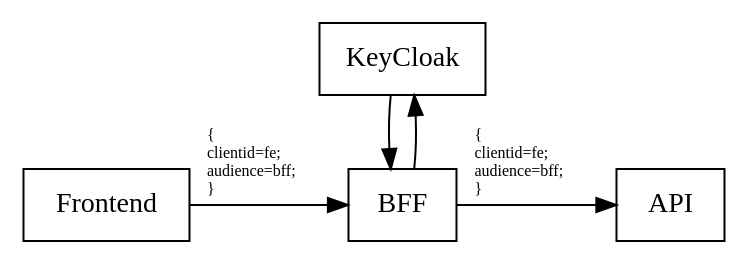
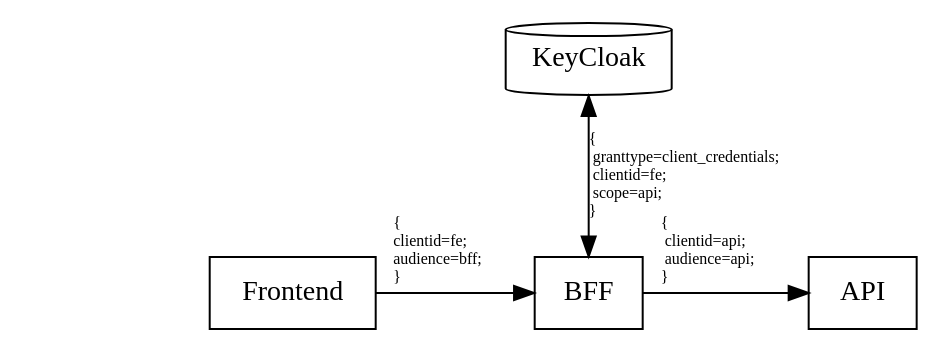
Before and after one commit to Gemeente-DenHaag/referentie-common-ground-implementatie: the diagram in images/graphviz/authgrant.dot, drawn with Graphviz. The commit also changed 7 other files, not shown here.

```diff
--- a/images/graphviz/authgrant.dot
+++ b/images/graphviz/authgrant.dot
@@ -1,27 +1,24 @@
 digraph {
     layout=dot
-    rankdir="T"
+    rankdir="TD"
+ 
+
     subgraph cons{
         rank=same
-        FillerX[shape=rect,width=1,style=invis]
-        KeyCloak[shape=rect]
+        rank1[style=invis]
+        KeyCloak[shape=cylinder]
     }
-    newrank=true
-
-    
 
     subgraph cons2{
         rank=same
         Frontend[shape=rect]
         BFF[shape=rect]
         API[shape=rect]
+        rank2[style=invis]
     }
+    rank1->rank2[style=invis]
 
     Frontend->BFF[label="{\l clientid=fe; \l audience=bff; \l}\l",align="left",fontsize=8]
-    BFF->KeyCloak
-    KeyCloak->BFF
-    BFF->API[label="{\l clientid=fe; \l audience=bff; \l}\l",align="left",fontsize=8]
-
-
- 
+    BFF->KeyCloak[dir=both,label="{\l  granttype=client_credentials; \l  clientid=fe; \l  scope=api; \l}\l",align="left",fontsize=8]
+    BFF->API[label="{\l  clientid=api; \l  audience=api; \l}\l",align="left",fontsize=8]
 }
```
